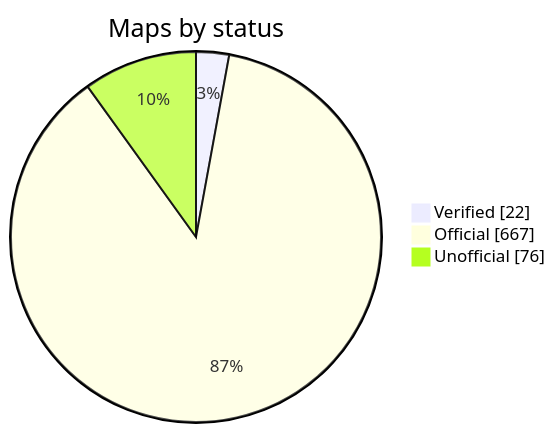
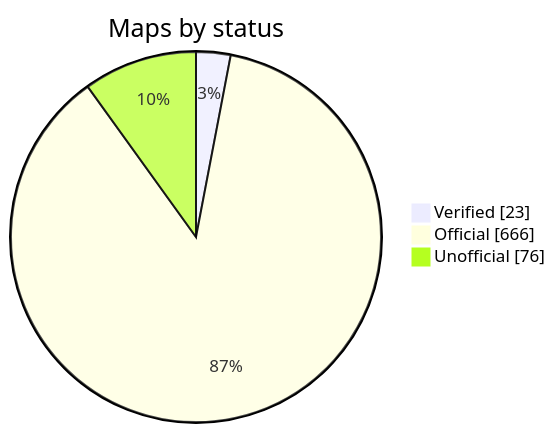
One commit to nobrega8/mbmap-library changed the diagram in README.md. Above: the diagram before and after it, drawn with Mermaid. The commit also changed 6 other files, not shown here.

````diff
--- a/README.md
+++ b/README.md
@@ -52,7 +52,7 @@
 ```mermaid
 pie showData
     title Maps by status
-    "Verified" : 22
-    "Official" : 667
+    "Verified" : 23
+    "Official" : 666
     "Unofficial" : 76
 ```
````
